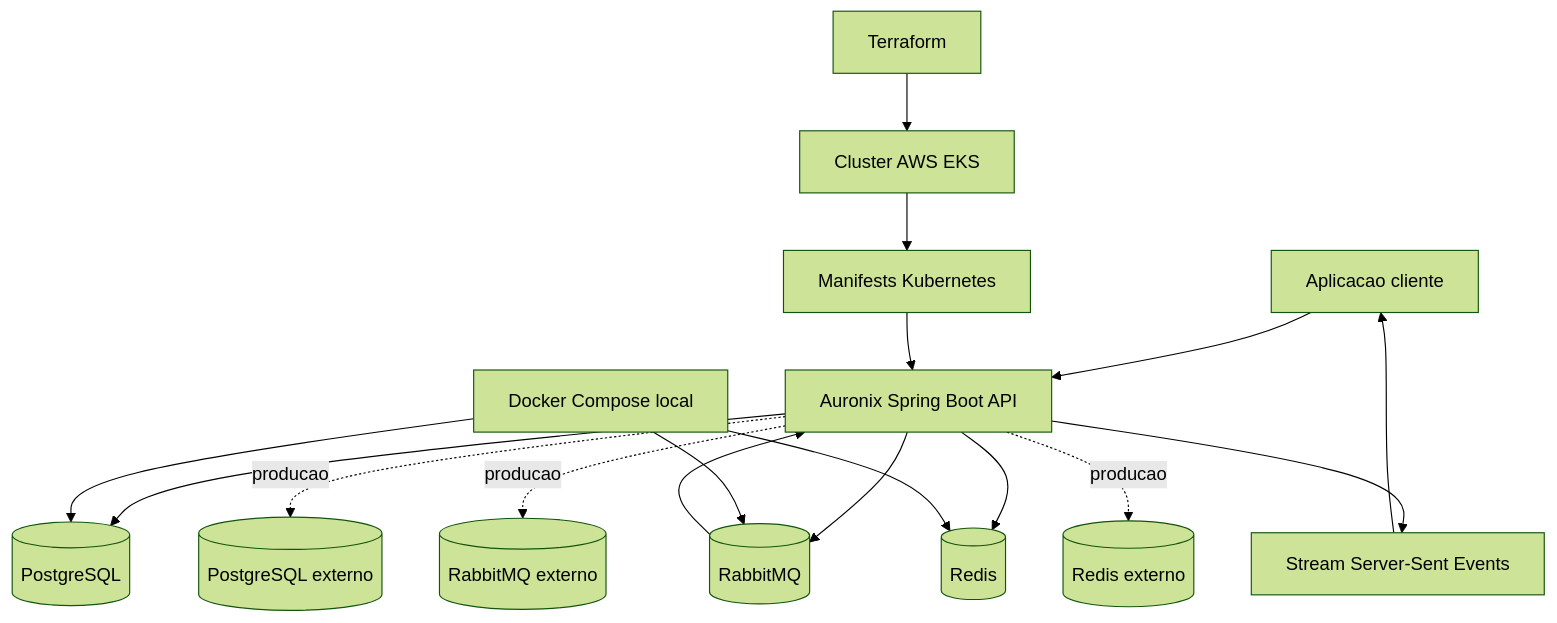
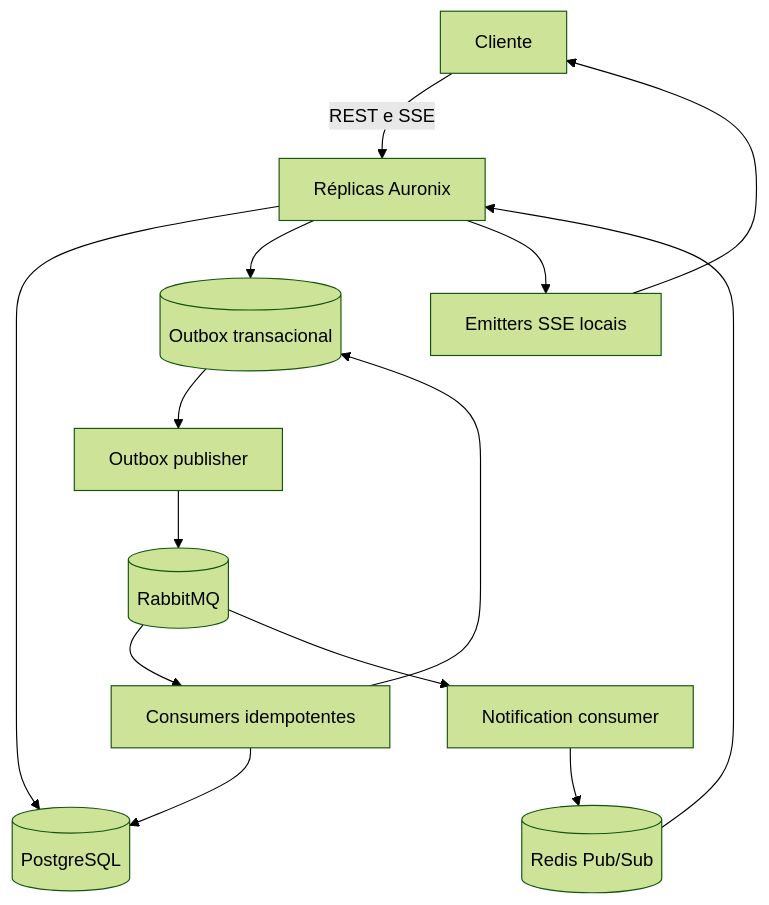
One commit to Joaopdiasventura/Auronix-server changed the diagram in README.PT.md. Above: the diagram before and after it, drawn with Mermaid (forest theme). The commit also changed other lines of this file and 23 other files, not shown here.

Commit message:
docs: update documentation to enhance project description and architecture details

````diff
--- a/README.PT.md
+++ b/README.PT.md
@@ -21,19 +18,16 @@
 ```mermaid
 flowchart TD
-    Client[Aplicacao cliente] --> API[Auronix Spring Boot API]
-    API --> DB[(PostgreSQL)]
-    API --> MQ[(RabbitMQ)]
-    API --> Cache[(Redis)]
-    MQ --> API
-    API --> SSE[Stream Server-Sent Events]
-    SSE --> Client
-    Local[Docker Compose local] --> DB
-    Local --> MQ
-    Local --> Cache
-    Terraform[Terraform] --> EKS[Cluster AWS EKS]
-    EKS --> K8s[Manifests Kubernetes]
-    K8s --> API
-    API -. producao .-> ExternalDB[(PostgreSQL externo)]
-    API -. producao .-> ExternalMQ[(RabbitMQ externo)]
-    API -. producao .-> ExternalCache[(Redis externo)]
+    Client[Cliente] -->|REST e SSE| API[Réplicas Auronix]
+    API --> PG[(PostgreSQL)]
+    API --> OB[(Outbox transacional)]
+    OB --> Publisher[Outbox publisher]
+    Publisher --> RMQ[(RabbitMQ)]
+    RMQ --> Consumers[Consumers idempotentes]
+    Consumers --> PG
+    Consumers --> OB
+    RMQ --> Notify[Notification consumer]
+    Notify --> Redis[(Redis Pub/Sub)]
+    Redis --> API
+    API --> LocalSSE[Emitters SSE locais]
+    LocalSSE --> Client
 ```
````
